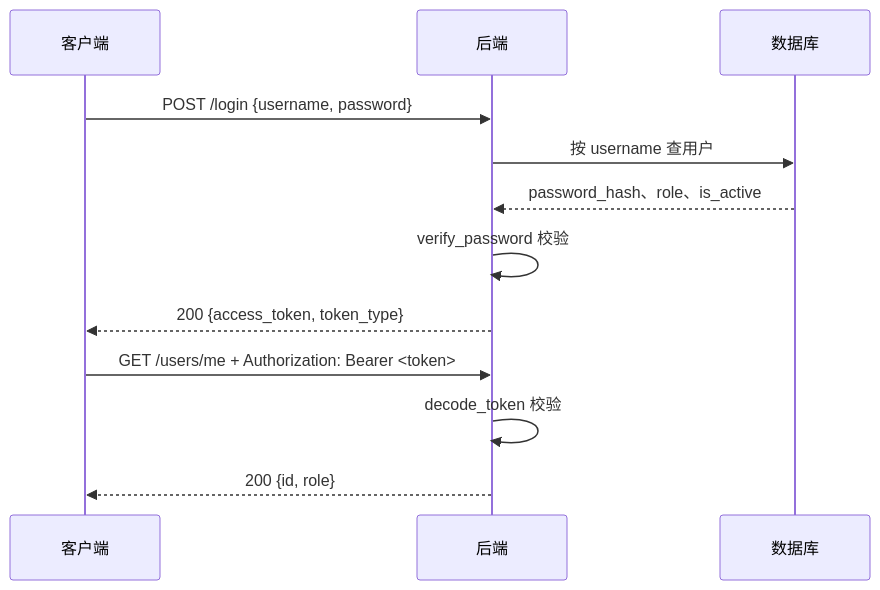
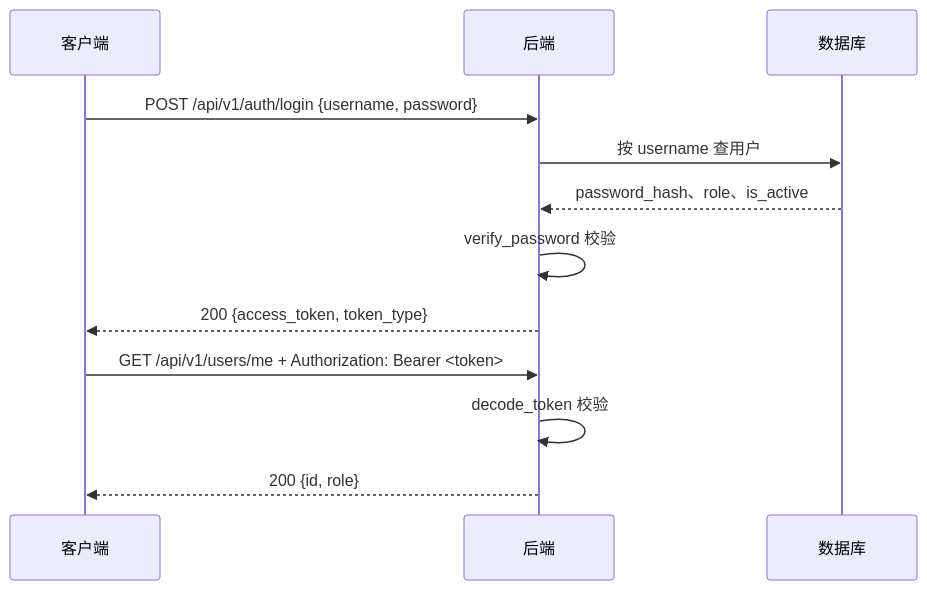
The diagram in 软件工程实践-2.0/08-用户模块-登录认证.md (PrinZzzzjn/software-engineering-textbook), drawn with Mermaid before and after one commit. The commit also changed other lines of this file and 41 other files, not shown here.

````diff
--- a/软件工程实践-2.0/08-用户模块-登录认证.md
+++ b/软件工程实践-2.0/08-用户模块-登录认证.md
@@ -168,14 +232,14 @@
 ```mermaid
 sequenceDiagram
     participant C as 客户端
     participant S as 后端
     participant D as 数据库
-    C->>S: POST /login {username, password}
+    C->>S: POST /api/v1/auth/login {username, password}
     S->>D: 按 username 查用户
     D-->>S: password_hash、role、is_active
     S->>S: verify_password 校验
     S-->>C: 200 {access_token, token_type}
-    C->>S: GET /users/me + Authorization: Bearer <token>
+    C->>S: GET /api/v1/users/me + Authorization: Bearer <token>
     S->>S: decode_token 校验
     S-->>C: 200 {id, role}
 ```
````
